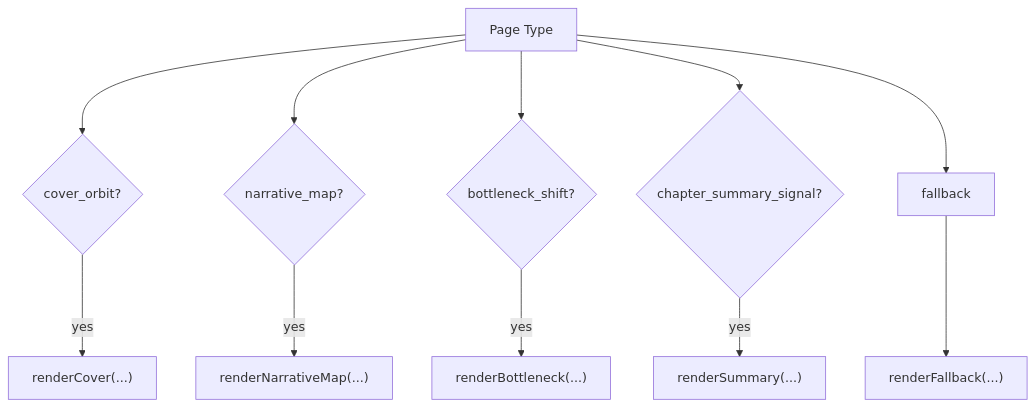
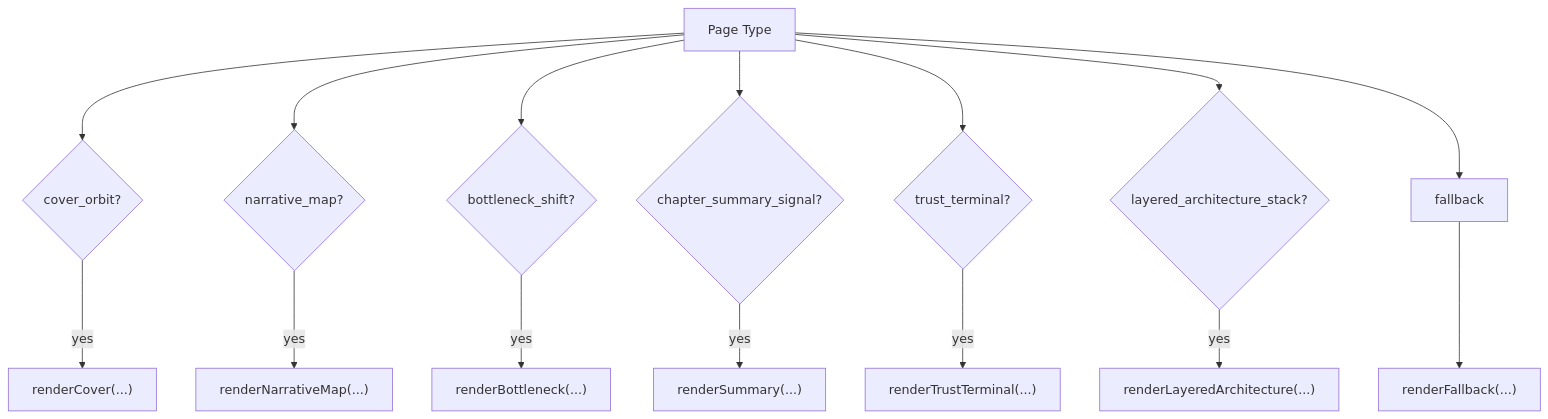
Before and after one commit to brantzh6/deepPPT: the sixth of 11 diagrams in .qoder/repowiki/en/content/Rendering Pipeline/Preview System.md, drawn with Mermaid. The commit also changed other lines of this file and 18 other files, not shown here.

Commit message:
Redesign layered_architecture_stack with compact annotation pills following OpenClaw seed reference

````diff
--- a/.qoder/repowiki/en/content/Rendering Pipeline/Preview System.md
+++ b/.qoder/repowiki/en/content/Rendering Pipeline/Preview System.md
@@ -269,13 +307,17 @@
 ```mermaid
 flowchart TD
 PT["Page Type"] --> COV{"cover_orbit?"}
 PT --> MAP{"narrative_map?"}
 PT --> BOT{"bottleneck_shift?"}
 PT --> SUM{"chapter_summary_signal?"}
+PT --> TRUST{"trust_terminal?"}
+PT --> LAYERED{"layered_architecture_stack?"}
 PT --> FALL["fallback"]
 COV --> |yes| RC["renderCover(...)"]
 MAP --> |yes| RN["renderNarrativeMap(...)"]
 BOT --> |yes| RB["renderBottleneck(...)"]
 SUM --> |yes| RS["renderSummary(...)"]
+TRUST --> |yes| RT["renderTrustTerminal(...)"]
+LAYERED --> |yes| RL["renderLayeredArchitecture(...)"]
 FALL --> RF["renderFallback(...)"]
 ```
````
